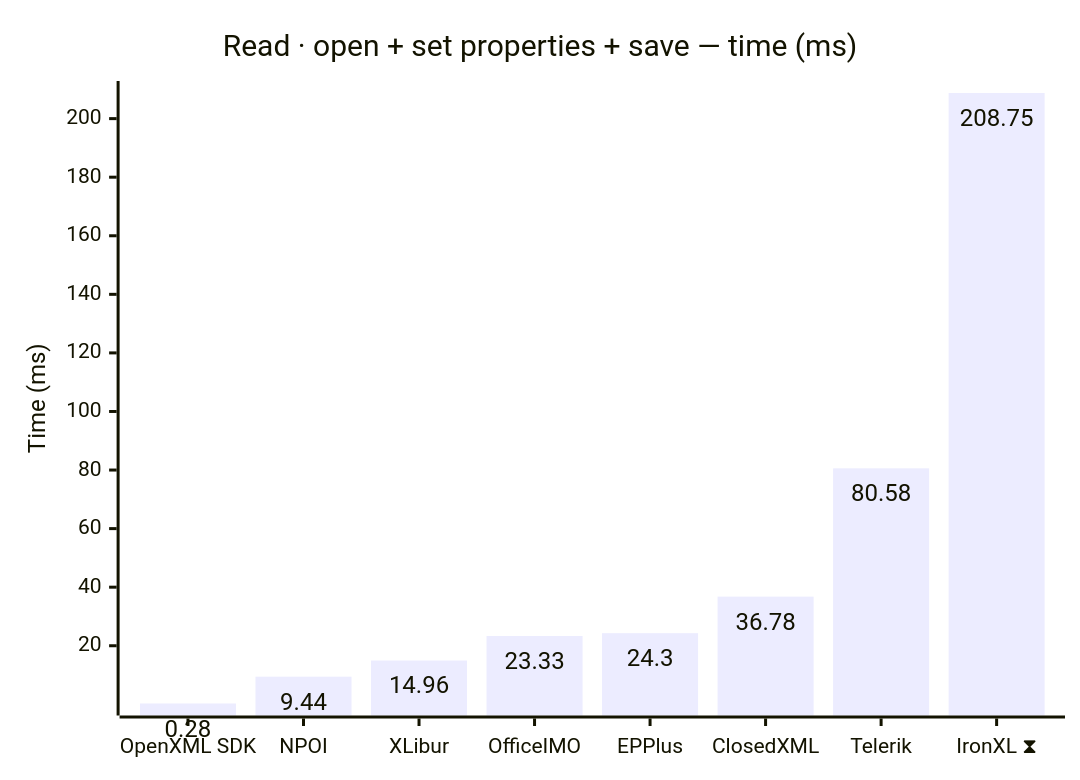
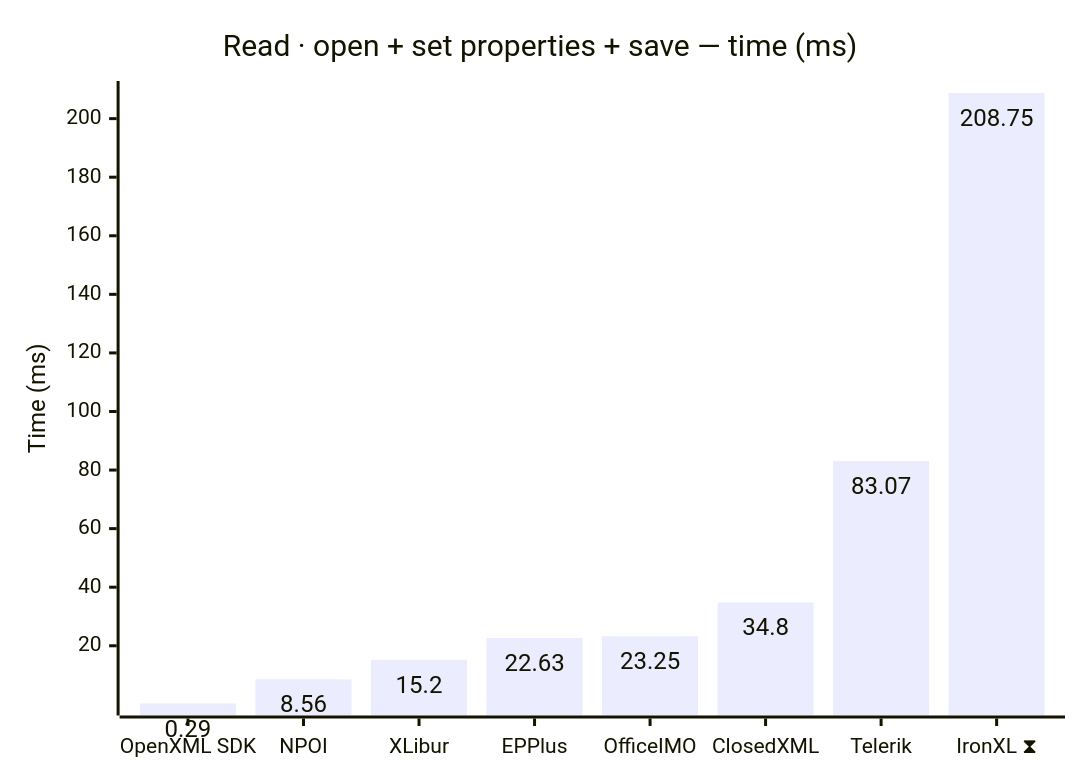
Before and after one commit to jafin/XLBench: the first of 12 diagrams in docs/results.md, drawn with Mermaid. The commit also changed other lines of this file and 1 other file, not shown here.

````diff
--- a/docs/results.md
+++ b/docs/results.md
@@ -42,12 +42,12 @@
 ```mermaid
 ---
 config:
   xyChart:
     showDataLabel: true
 ---
 xychart-beta
     title "Read · open + set properties + save — time (ms)"
-    x-axis ["OpenXML SDK", "NPOI", "XLibur", "OfficeIMO", "EPPlus", "ClosedXML", "Telerik", "IronXL ⧗"]
+    x-axis ["OpenXML SDK", "NPOI", "XLibur", "EPPlus", "OfficeIMO", "ClosedXML", "Telerik", "IronXL ⧗"]
     y-axis "Time (ms)"
-    bar [0.28, 9.44, 14.96, 23.33, 24.3, 36.78, 80.58, 208.75]
+    bar [0.29, 8.56, 15.2, 22.63, 23.25, 34.8, 83.07, 208.75]
 ```
````
